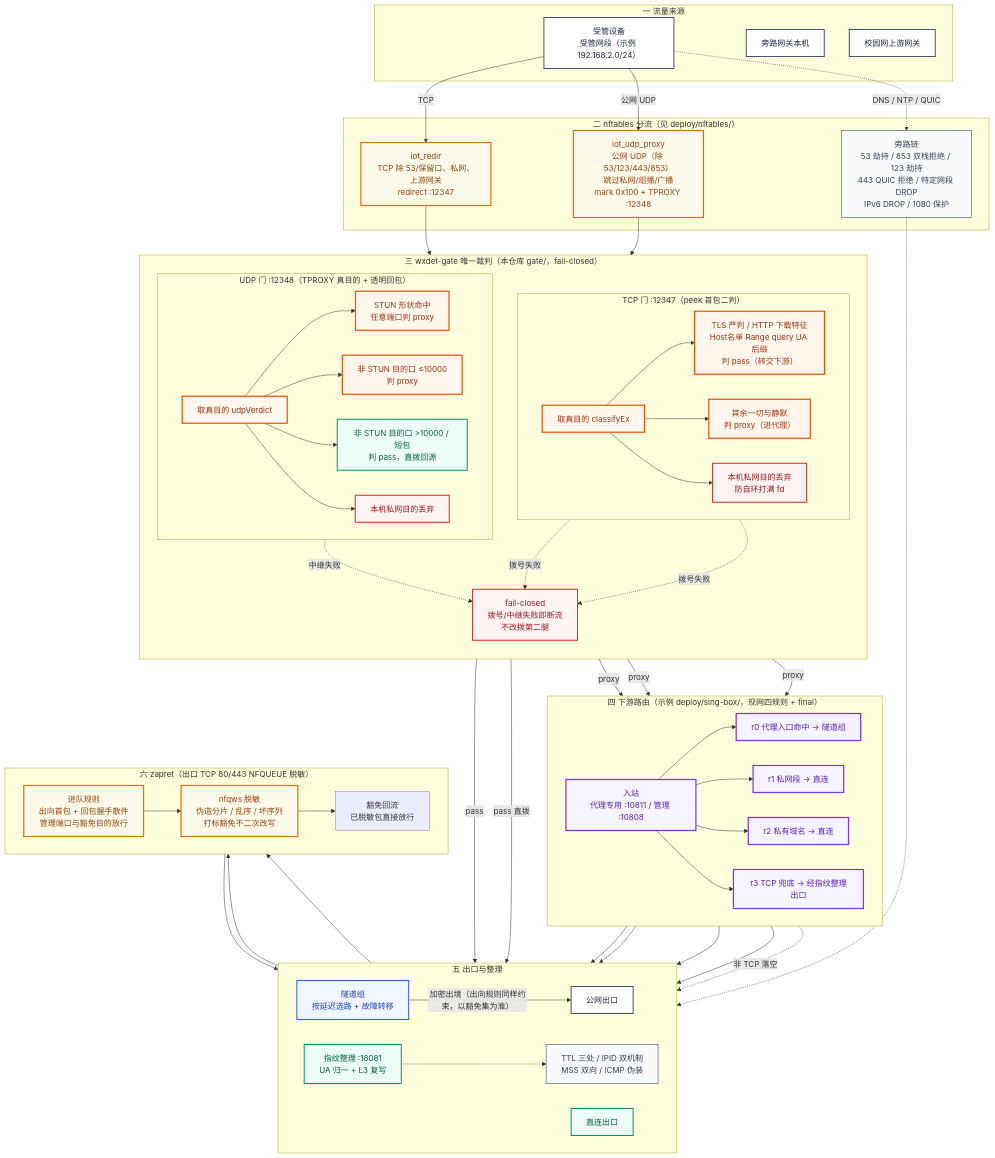
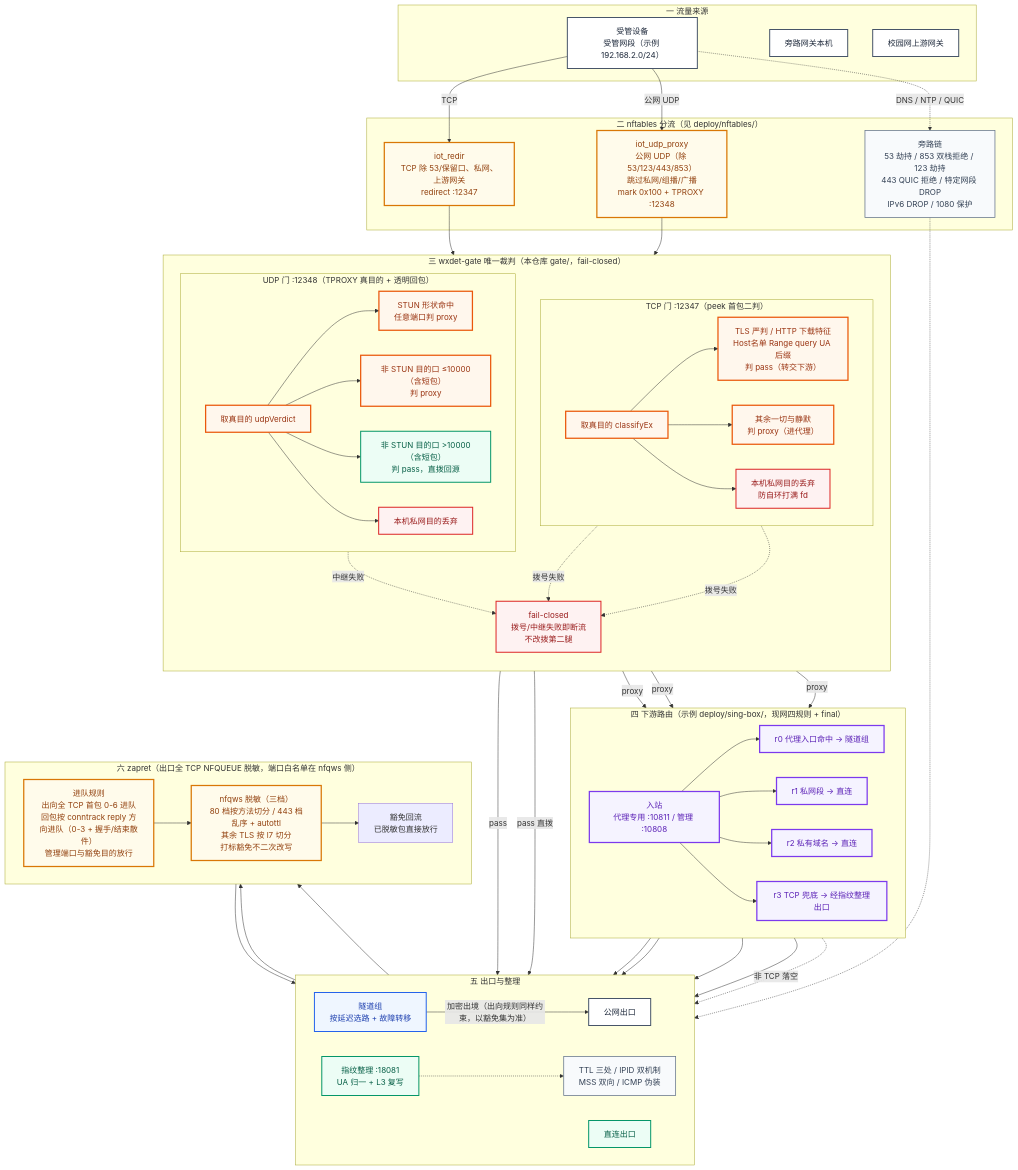
The diagram in README.md (dc17c1a/campus-device-bypass), drawn with Mermaid before and after one commit. The commit also changed other lines of this file and 18 other files, not shown here.

First line of the commit message:
同步私有侧更新：gate 直连面台账、zapret 全 TCP 三档 desync + 看护、文档按现网订正

```diff
--- a/README.md
+++ b/README.md
@@ -89,8 +89,8 @@
             direction LR
             GU["取真目的 udpVerdict"]
             GS["STUN 形状命中<br/>任意端口判 proxy"]
-            GL["非 STUN 目的口 ≤10000<br/>判 proxy"]
-            GH["非 STUN 目的口 >10000 / 短包<br/>判 pass，直拨回源"]
+            GL["非 STUN 目的口 ≤10000（含短包）<br/>判 proxy"]
+            GH["非 STUN 目的口 >10000（含短包）<br/>判 pass，直拨回源"]
             GUD["本机私网目的丢弃"]
         end
         GF["fail-closed<br/>拨号/中继失败即断流<br/>不改拨第二腿"]
@@ -114,10 +114,10 @@
         FP["TTL 三处 / IPID 双机制<br/>MSS 双向 / ICMP 伪装"]
     end
 
-    subgraph ZAP["六 zapret（出口 TCP 80/443 NFQUEUE 脱敏）"]
+    subgraph ZAP["六 zapret（出口全 TCP NFQUEUE 脱敏，端口白名单在 nfqws 侧）"]
         direction LR
-        ZQ["进队规则<br/>出向首包 + 回包握手散件<br/>管理端口与豁免目的放行"]
-        ZN["nfqws 脱敏<br/>伪造分片 / 乱序 / 坏序列<br/>打标豁免不二次改写"]
+        ZQ["进队规则<br/>出向全 TCP 首包 0-6 进队<br/>回包按 conntrack reply 方向进队（0-3 + 握手/结束散件）<br/>管理端口与豁免目的放行"]
+        ZN["nfqws 脱敏（三档）<br/>80 档按方法切分 / 443 档乱序 + autottl<br/>其余 TLS 按 l7 切分<br/>打标豁免不二次改写"]
         ZX["豁免回流<br/>已脱敏包直接放行"]
     end
 
```
